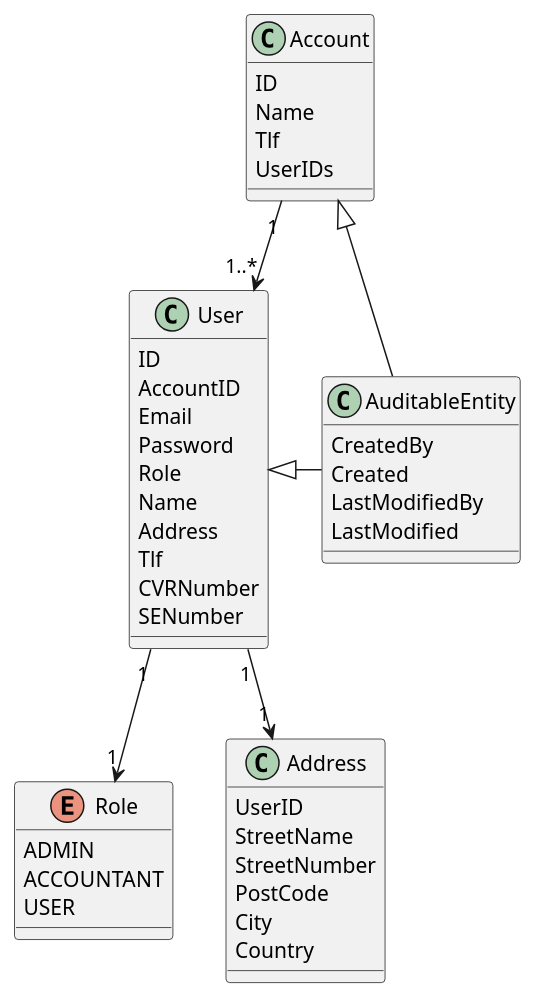
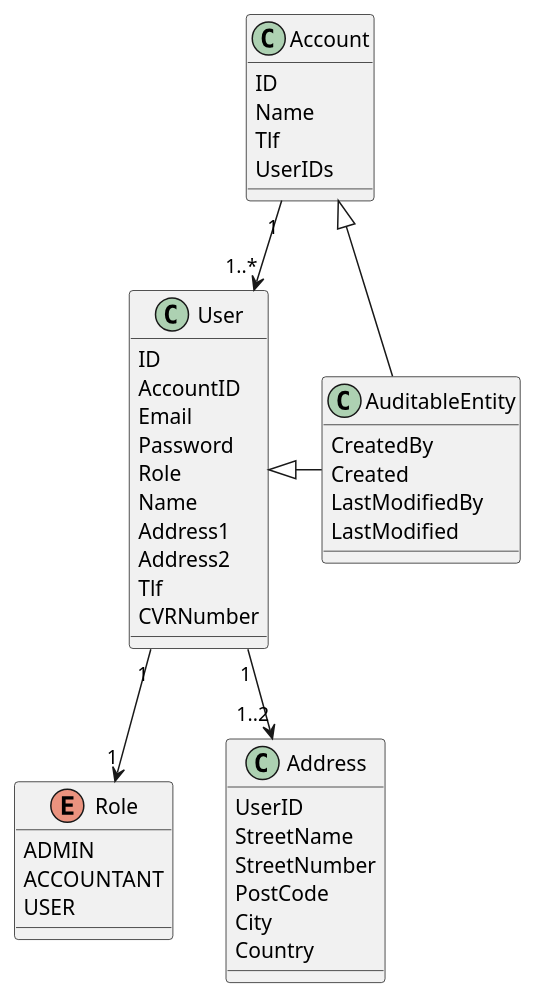
The diagram in backend/Domain/Entities/EntityUml.wsd (IT-Minds/client_dansk-gartneri_indberetning), drawn with PlantUML before and after one commit. The commit also changed 1 other file, not shown here.

Commit message:
Remove SENumber from User and add second address to User

```diff
--- a/backend/Domain/Entities/EntityUml.wsd
+++ b/backend/Domain/Entities/EntityUml.wsd
@@ -1,51 +1,51 @@
 @startuml
 
 class AuditableEntity {
   CreatedBy
   Created
   LastModifiedBy
   LastModified
 }
 
 class Account {
   ID
   Name
   Tlf
   UserIDs
 }
 
 class User {
   ID
   AccountID
   Email
   Password
   Role
   Name
-  Address
+  Address1
+  Address2
   Tlf
   CVRNumber
-  SENumber
 }
 
 enum Role {
   ADMIN
   ACCOUNTANT
   USER
 }
 
 class Address {
   UserID
   StreetName
   StreetNumber
   PostCode
   City
   Country
 }
 
 User <|- AuditableEntity
 Account <|- AuditableEntity
 Account "1"-->"1..*" User
 User "1"-->"1" Role
-User "1"-->"1" Address
+User "1"-->"1..2" Address
 
 @enduml
```
